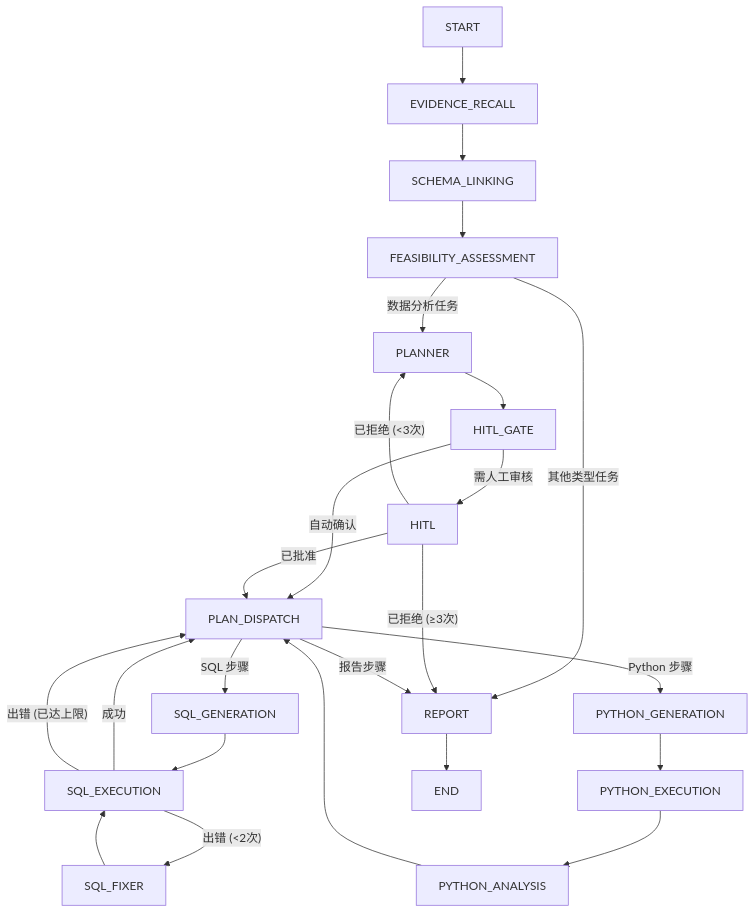
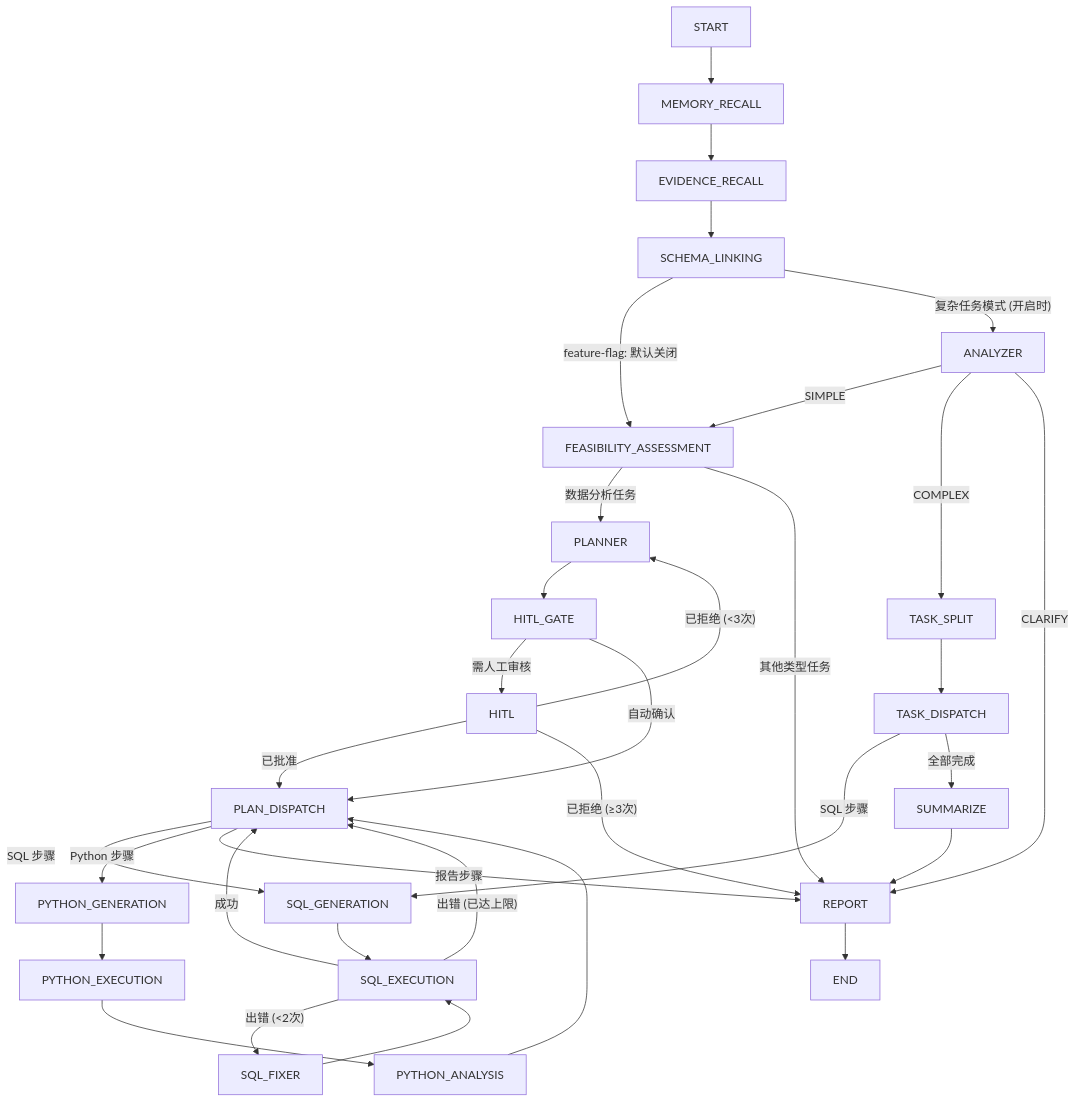
Before and after one commit to shixia9/MustBeTheSQL-Server: the diagram in README.zh-CN.md, drawn with Mermaid. The commit also changed other lines of this file and 1 other file, not shown here.

````diff
--- a/README.zh-CN.md
+++ b/README.zh-CN.md
@@ -36,34 +54,44 @@
 ```mermaid
 flowchart TB
-    START --> EVIDENCE_RECALL
+    START --> MEMORY_RECALL
+    MEMORY_RECALL --> EVIDENCE_RECALL
     EVIDENCE_RECALL --> SCHEMA_LINKING
-    SCHEMA_LINKING --> FEASIBILITY_ASSESSMENT
+
+    SCHEMA_LINKING -->|"feature-flag: 默认关闭"| FEASIBILITY_ASSESSMENT
+    SCHEMA_LINKING -->|"复杂任务模式 (开启时)"| ANALYZER
+
+    ANALYZER -->|"SIMPLE"| FEASIBILITY_ASSESSMENT
+    ANALYZER -->|"COMPLEX"| TASK_SPLIT
+    ANALYZER -->|"CLARIFY"| REPORT
+
+    TASK_SPLIT --> TASK_DISPATCH
+    TASK_DISPATCH -->|"SQL 步骤"| SQL_GENERATION
+    TASK_DISPATCH -->|"全部完成"| SUMMARIZE
+    SUMMARIZE --> REPORT
 
     FEASIBILITY_ASSESSMENT -->|"数据分析任务"| PLANNER
     FEASIBILITY_ASSESSMENT -->|"其他类型任务"| REPORT
 
     PLANNER --> HITL_GATE
-
     HITL_GATE -->|"需人工审核"| HITL
     HITL_GATE -->|"自动确认"| PLAN_DISPATCH
-
     HITL -->|"已批准"| PLAN_DISPATCH
     HITL -->|"已拒绝 (<3次)"| PLANNER
     HITL -->|"已拒绝 (≥3次)"| REPORT
 
     PLAN_DISPATCH -->|"SQL 步骤"| SQL_GENERATION
     PLAN_DISPATCH -->|"Python 步骤"| PYTHON_GENERATION
     PLAN_DISPATCH -->|"报告步骤"| REPORT
 
     SQL_GENERATION --> SQL_EXECUTION
     SQL_EXECUTION -->|"成功"| PLAN_DISPATCH
     SQL_EXECUTION -->|"出错 (<2次)"| SQL_FIXER
     SQL_EXECUTION -->|"出错 (已达上限)"| PLAN_DISPATCH
     SQL_FIXER --> SQL_EXECUTION
 
     PYTHON_GENERATION --> PYTHON_EXECUTION
     PYTHON_EXECUTION --> PYTHON_ANALYSIS
     PYTHON_ANALYSIS --> PLAN_DISPATCH
 
     REPORT --> END
 ```
````
